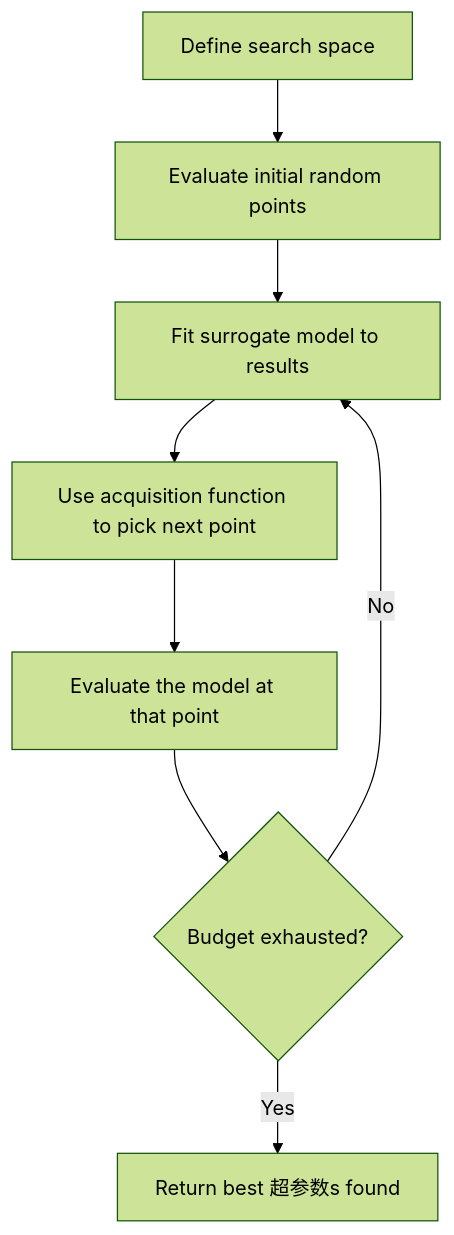
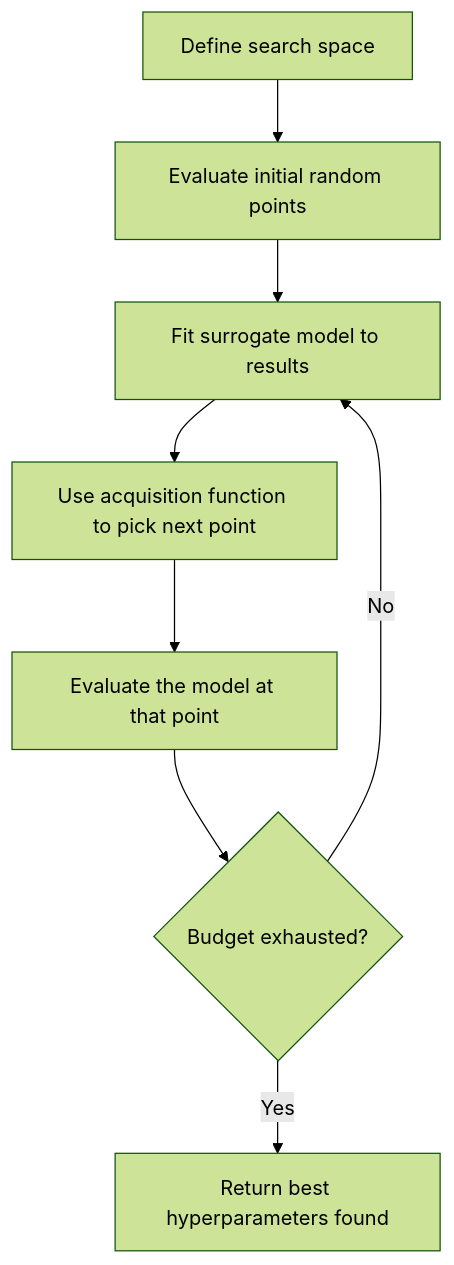
Before and after one commit to arwei944/ai-engineering-from-scratch: the second of 4 diagrams in phases/02-ml-fundamentals/12-hyperparameter-tuning/docs/zh.md, drawn with Mermaid (forest theme). The commit also changed other lines of this file and 65 other files, not shown here.

````diff
--- a/phases/02-ml-fundamentals/12-hyperparameter-tuning/docs/zh.md
+++ b/phases/02-ml-fundamentals/12-hyperparameter-tuning/docs/zh.md
@@ -87,10 +87,10 @@
 ```mermaid
 flowchart TD
     A[Define search space] --> B[Evaluate initial random points]
     B --> C[Fit surrogate model to results]
     C --> D[Use acquisition function to pick next point]
     D --> E[Evaluate the model at that point]
     E --> F{Budget exhausted?}
     F -->|No| C
-    F -->|Yes| G[Return best 超参数s found]
+    F -->|Yes| G[Return best hyperparameters found]
 ```
````
